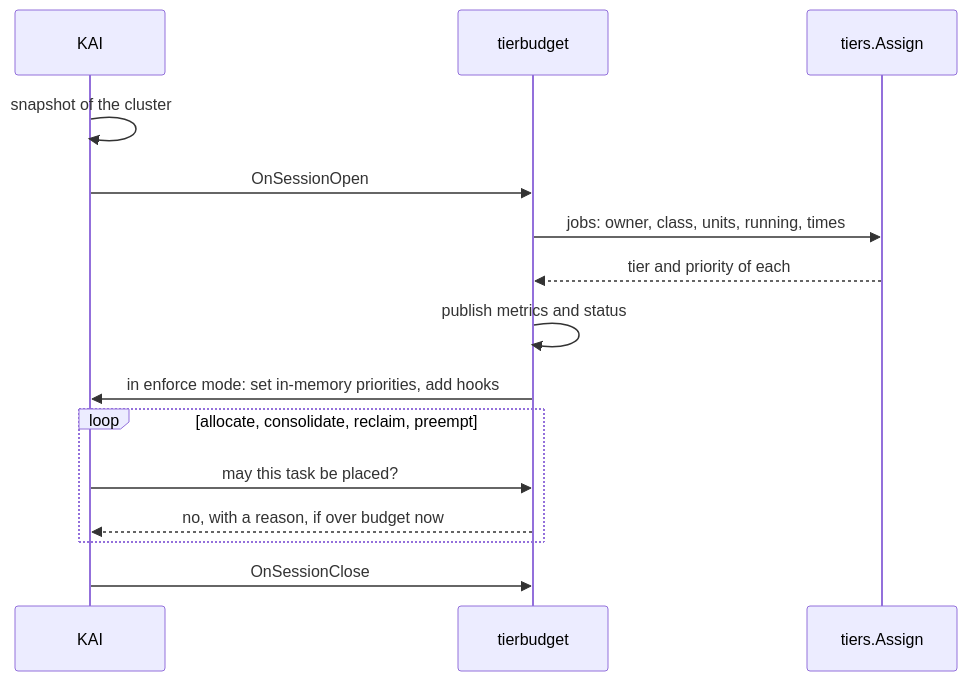
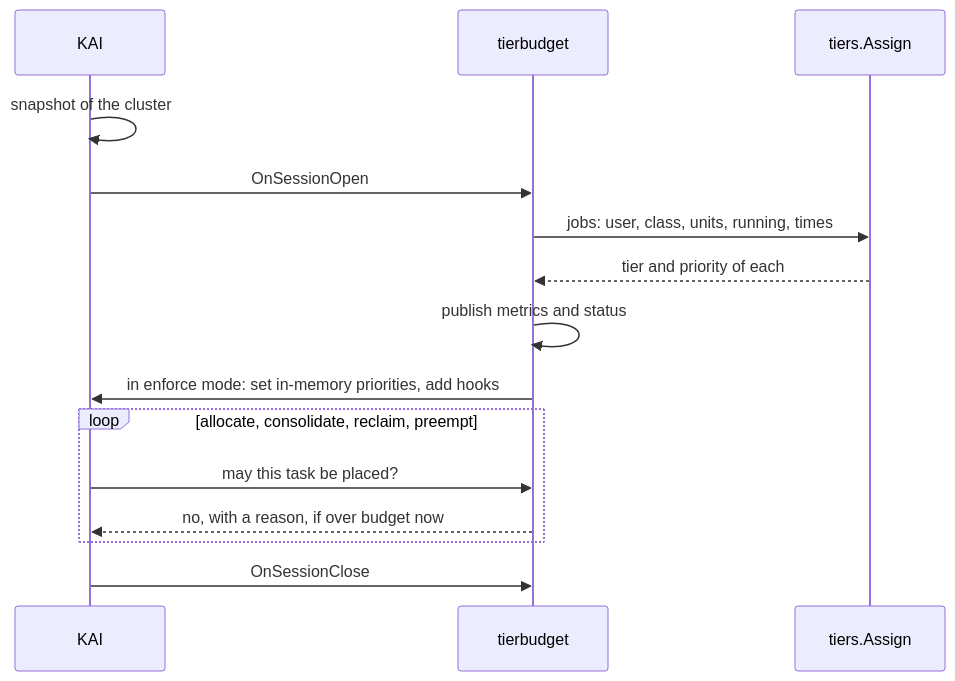
Before and after one commit to takayuki112/ukai-scheduler: the second of 2 diagrams in docs/architecture.md, drawn with Mermaid. The commit also changed other lines of this file and 19 other files, not shown here.

Commit message:
Animate the story in light and dark, and say user instead of owner in the docs

````diff
--- a/docs/architecture.md
+++ b/docs/architecture.md
@@ -15,17 +15,17 @@
 ```mermaid
 sequenceDiagram
     participant K as KAI
     participant P as tierbudget
     participant T as tiers.Assign
     K->>K: snapshot of the cluster
     K->>P: OnSessionOpen
-    P->>T: jobs: owner, class, units, running, times
+    P->>T: jobs: user, class, units, running, times
     T-->>P: tier and priority of each
     P->>P: publish metrics and status
     P->>K: in enforce mode: set in-memory priorities, add hooks
     loop allocate, consolidate, reclaim, preempt
         K->>P: may this task be placed?
         P-->>K: no, with a reason, if over budget now
     end
     K->>P: OnSessionClose
 ```
````
